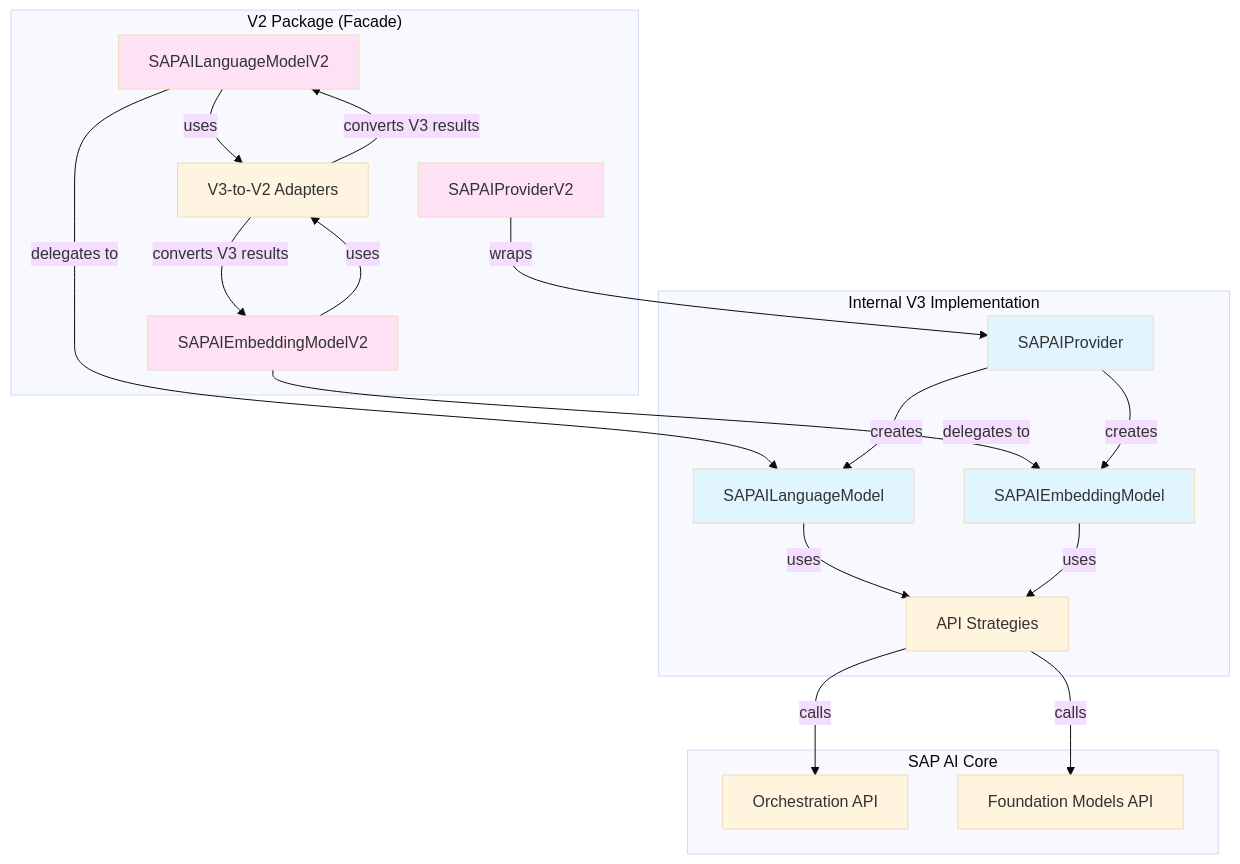
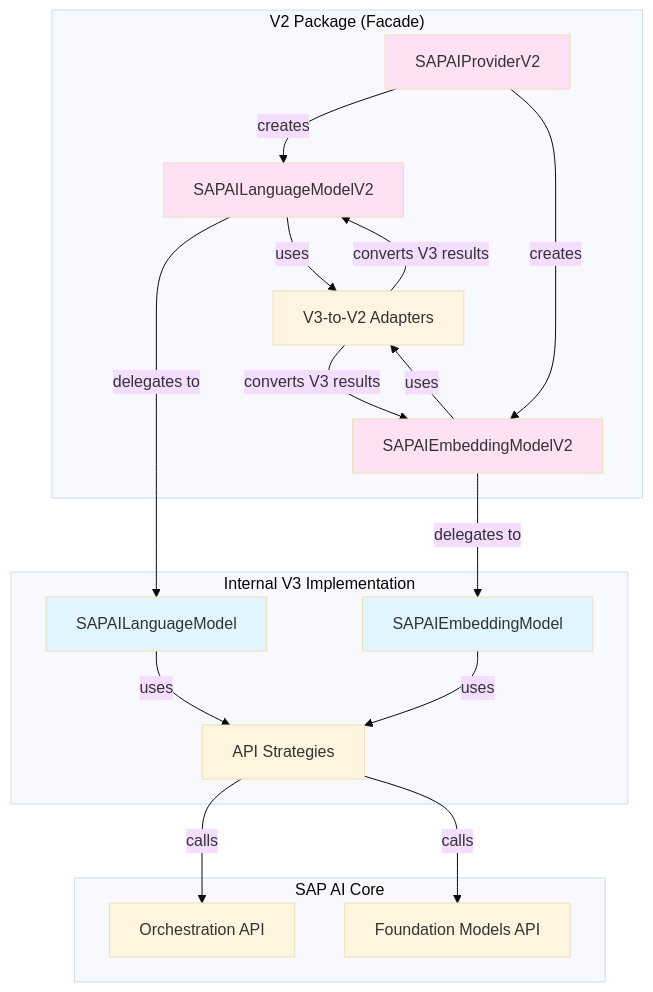
Before and after one commit to jerome-benoit/sap-ai-provider: diagram 11 of 11 in ARCHITECTURE.md, drawn with Mermaid (base theme). The commit also changed other lines of this file and 88 other files, not shown here.

````diff
--- a/ARCHITECTURE.md
+++ b/ARCHITECTURE.md
@@ -1472,44 +1410,41 @@
 ```mermaid
 graph TB
     subgraph "V2 Package (Facade)"
         V2Provider[SAPAIProviderV2]
         V2LM[SAPAILanguageModelV2]
         V2EM[SAPAIEmbeddingModelV2]
         Adapters[V3-to-V2 Adapters]
     end
 
     subgraph "Internal V3 Implementation"
-        V3Provider[SAPAIProvider]
         V3LM[SAPAILanguageModel]
         V3EM[SAPAIEmbeddingModel]
         Strategies[API Strategies]
     end
 
     subgraph "SAP AI Core"
         OrchAPI[Orchestration API]
         FMAPI[Foundation Models API]
     end
 
-    V2Provider -->|wraps| V3Provider
+    V2Provider -->|creates| V2LM
+    V2Provider -->|creates| V2EM
     V2LM -->|delegates to| V3LM
     V2EM -->|delegates to| V3EM
     V2LM -->|uses| Adapters
     V2EM -->|uses| Adapters
     Adapters -->|converts V3 results| V2LM
     Adapters -->|converts V3 results| V2EM
 
-    V3Provider -->|creates| V3LM
-    V3Provider -->|creates| V3EM
     V3LM -->|uses| Strategies
     V3EM -->|uses| Strategies
     Strategies -->|calls| OrchAPI
     Strategies -->|calls| FMAPI
 
     style V2Provider fill:#ffe1f5
     style V2LM fill:#ffe1f5
     style V2EM fill:#ffe1f5
     style Adapters fill:#fff4e1
-    style V3Provider fill:#e1f5ff
     style V3LM fill:#e1f5ff
     style V3EM fill:#e1f5ff
 ```
````
